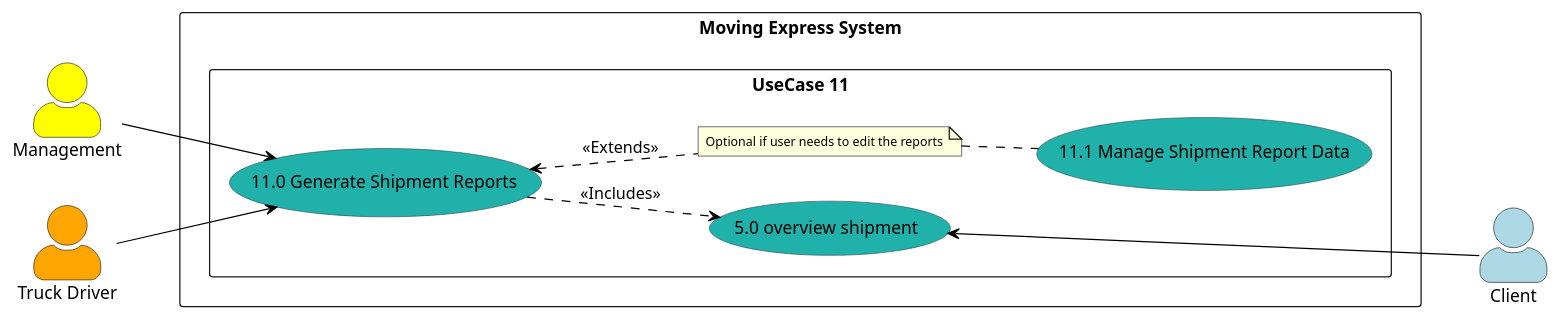
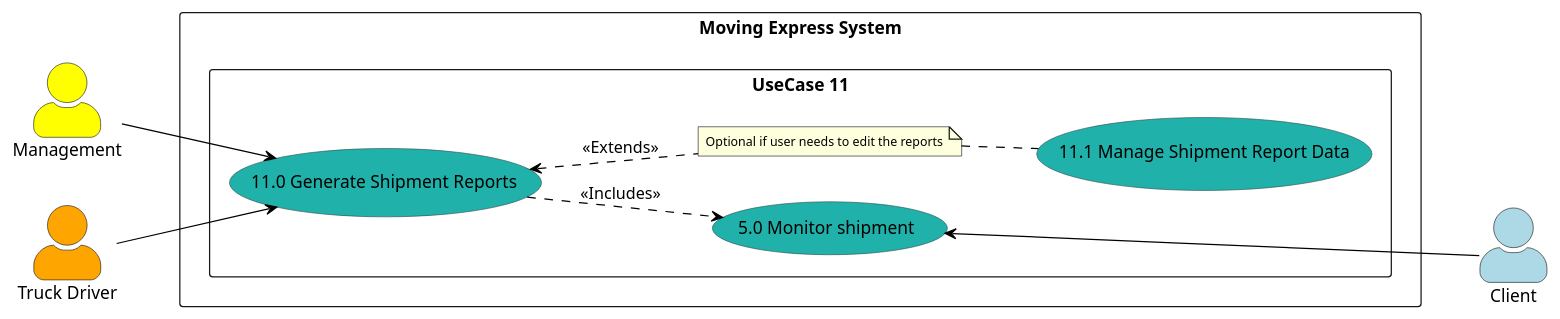
The diagram in Diagrams/UseCaseDiagrams/LoweLevel/UC11.puml (nic5694/MovingExpress), drawn with PlantUML before and after one commit. The commit also changed 4 other files, not shown here.

```diff
--- a/Diagrams/UseCaseDiagrams/LoweLevel/UC11.puml
+++ b/Diagrams/UseCaseDiagrams/LoweLevel/UC11.puml
@@ -1,45 +1,45 @@
 @startuml
 
 left to right direction
 skinparam actorStyle awesome
 
 skinparam note {
  FontSize 10
 }
 skinparam usecase {
    BackgroundColor DarkSeaGreen
    BorderColor DarkSlateGray
    ArrowColor Black
    ActorBorderColor black
    ActorFontName Courier
    ActorBackgroundColor<< Human >> Gold
 }
 
 actor Management as "Management" #Yellow
 actor "Truck Driver" as VanDriver #Orange
 actor Client as "Client" #LightBlue
 
 
 rectangle "Moving Express System" {
    rectangle "UseCase 11" {
-     usecase "5.0 overview shipment" as UC5 #LightSeaGreen
+     usecase "5.0 Monitor shipment" as UC5 #LightSeaGreen
      usecase "11.0 Generate Shipment Reports" as UC11 #LightSeaGreen
      usecase "11.1 Manage Shipment Report Data" as UC11_1 #LightSeaGreen
 
 
      note "Optional if user needs to edit the reports" as N2
 
    }
 }
 
 
 Management --> UC11
 VanDriver --> UC11
 UC5 <--- Client
 
 UC11 ..> UC5 : <<Includes>>
 
 UC11 <.. N2 : <<Extends>>
 N2 .. (UC11_1)
 
 @enduml
```
